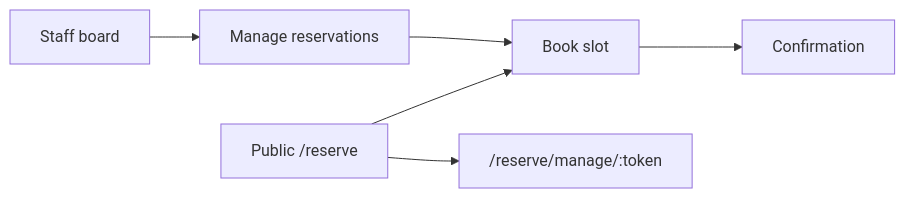
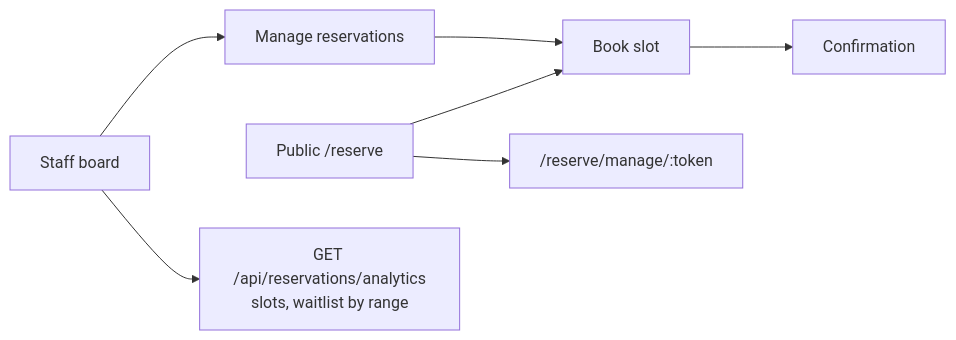
The diagram in docs/blueprint/workflows/reservation_flow.mmd (ghadimdallaldev/supplify_erp), drawn with Mermaid before and after one commit. The commit also changed 9 other files, not shown here.

```diff
--- a/docs/blueprint/workflows/reservation_flow.mmd
+++ b/docs/blueprint/workflows/reservation_flow.mmd
@@ -1,6 +1,7 @@
 flowchart LR
   Public[Public /reserve] --> Book[Book slot]
   Book --> Confirm[Confirmation]
   Staff[Staff board] --> Manage[Manage reservations]
   Manage --> Book
   Public --> ManageLink["/reserve/manage/:token"]
+  Staff --> Analytics[GET /api/reservations/analytics\nslots, waitlist by range]
```
